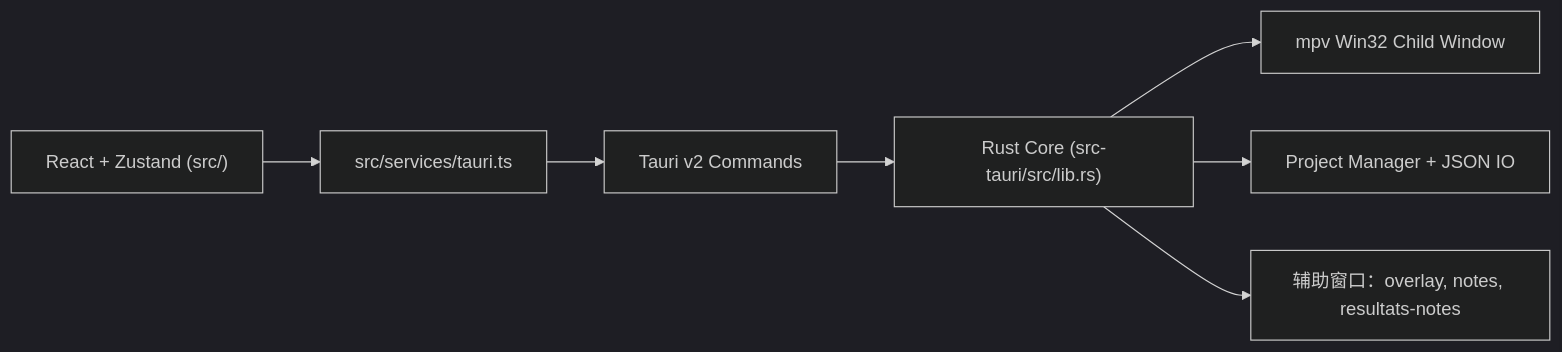
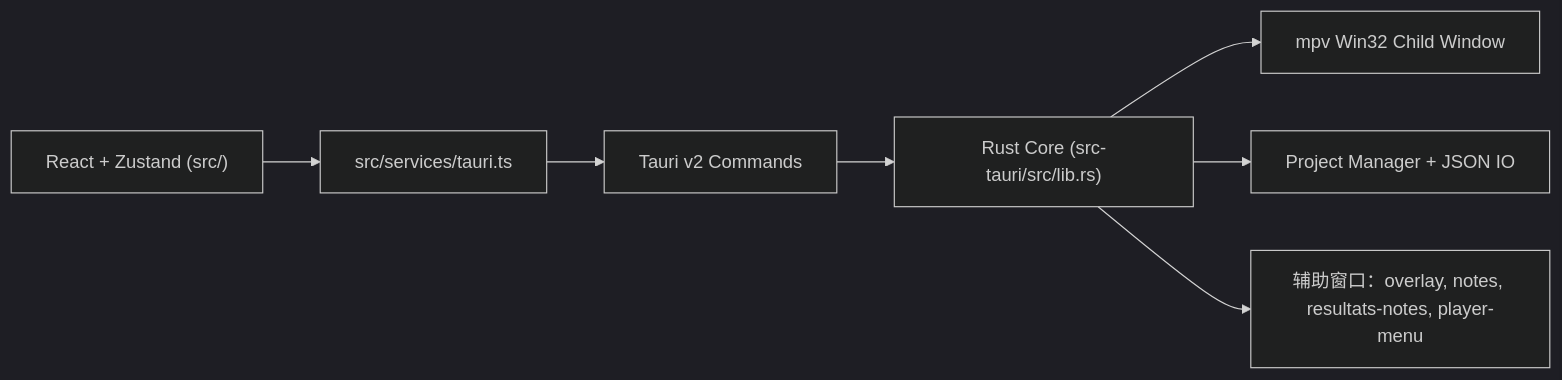
The diagram in README.zh.md (NetsumaInfo/application-bareme-amv-france), drawn with Mermaid (dark theme) before and after one commit. The commit also changed other lines of this file and 4 other files, not shown here.

Commit message:
docs(readme): sync translations (remove doc note, add player-menu + app update store)

````diff
--- a/README.zh.md
+++ b/README.zh.md
@@ -48,9 +46,9 @@
 ```mermaid
 flowchart LR
   UI["React + Zustand (src/)"] --> API["src/services/tauri.ts"]
   API --> IPC["Tauri v2 Commands"]
   IPC --> Core["Rust Core (src-tauri/src/lib.rs)"]
   Core --> MPV["mpv Win32 Child Window"]
   Core --> Proj["Project Manager + JSON IO"]
-  Core --> Aux["辅助窗口：overlay, notes, resultats-notes"]
+  Core --> Aux["辅助窗口：overlay, notes, resultats-notes, player-menu"]
 ```
````
